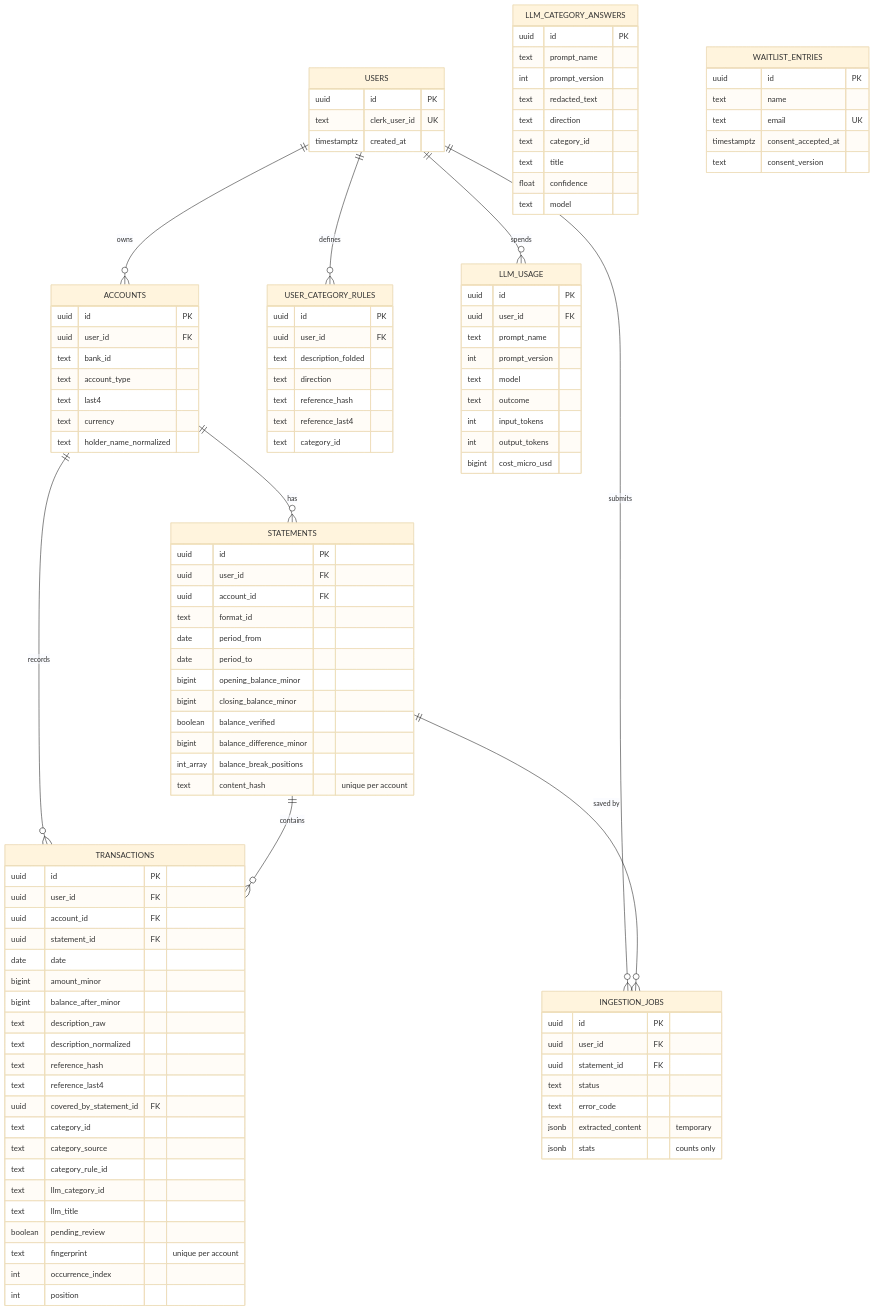
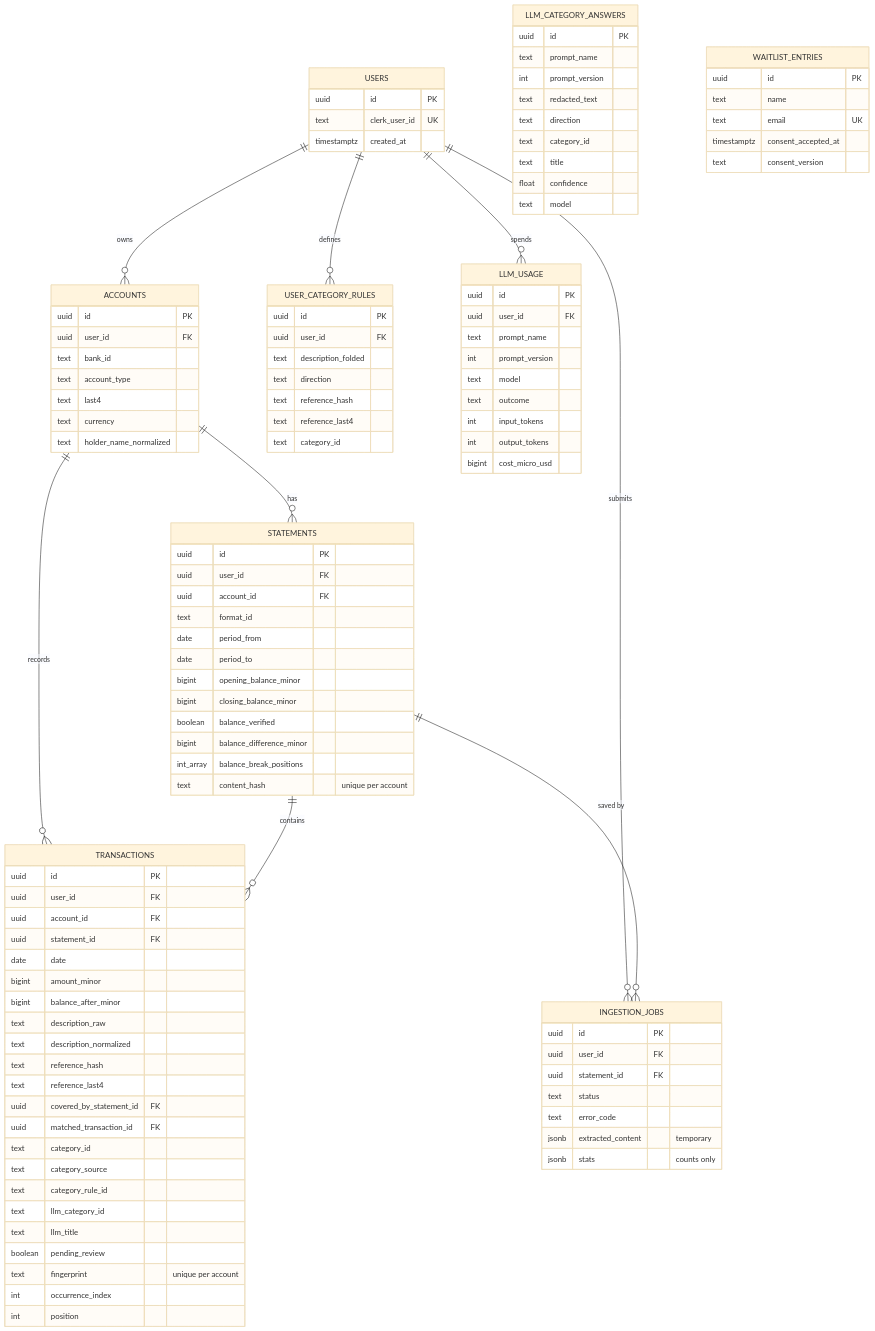
Before and after one commit to ingcarlostello/xtrakto: the third of 7 diagrams in docs/ARCHITECTURE.md, drawn with Mermaid (base theme). The commit also changed other lines of this file and 7 other files, not shown here.

```diff
--- a/docs/ARCHITECTURE.md
+++ b/docs/ARCHITECTURE.md
@@ -222,6 +224,7 @@
         text reference_hash
         text reference_last4
         uuid covered_by_statement_id FK
+        uuid matched_transaction_id FK
         text category_id
         text category_source
         text category_rule_id
```
